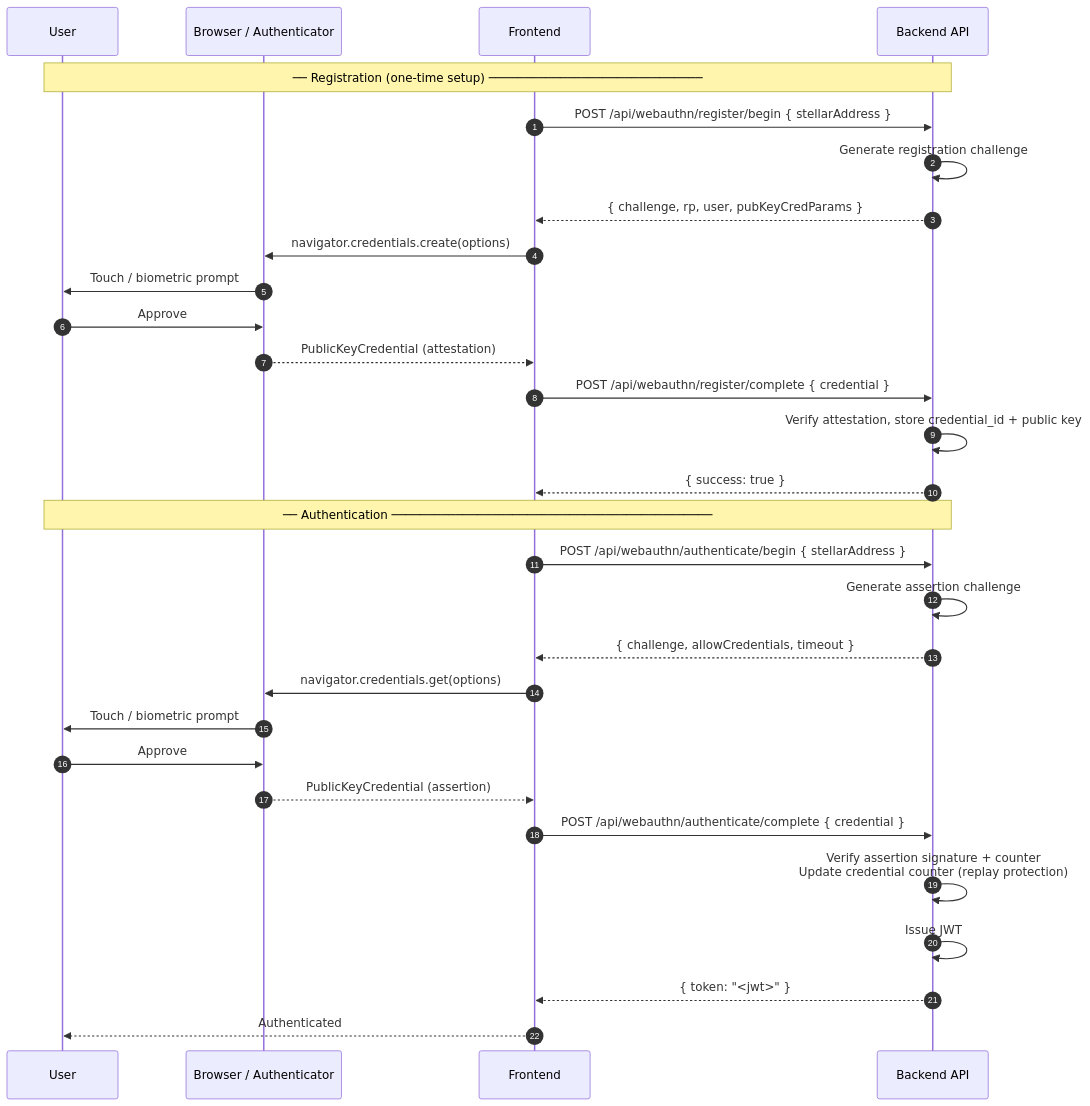
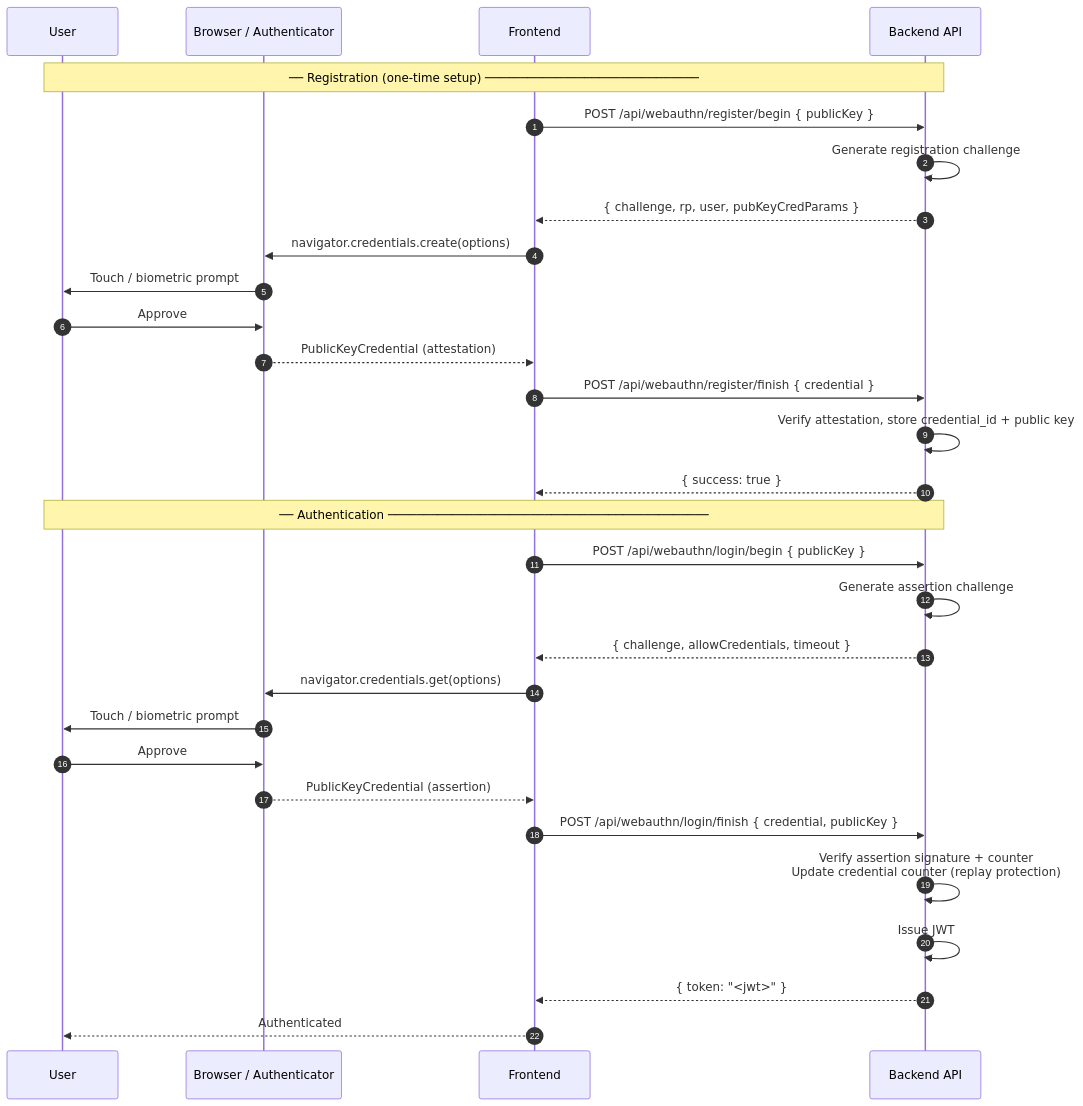
The eighth of 8 diagrams in docs/auth-flow.md (Emmy123222/Stellar-MarketPay-), drawn with Mermaid before and after one commit. The commit also changed other lines of this file, not shown here.

First line of the commit message:
docs(auth): add 2FA decision branch to SEP-10 flow diagram

````diff
--- a/docs/auth-flow.md
+++ b/docs/auth-flow.md
@@ -202,36 +291,36 @@
 ```mermaid
 sequenceDiagram
     autonumber
     participant U   as User
     participant B   as Browser / Authenticator
     participant FE  as Frontend
     participant BE  as Backend API
 
     Note over U,BE: ── Registration (one-time setup) ──────────────────────────────
 
-    FE->>BE: POST /api/webauthn/register/begin { stellarAddress }
+    FE->>BE: POST /api/webauthn/register/begin { publicKey }
     BE->>BE: Generate registration challenge
     BE-->>FE: { challenge, rp, user, pubKeyCredParams }
     FE->>B: navigator.credentials.create(options)
     B->>U: Touch / biometric prompt
     U->>B: Approve
     B-->>FE: PublicKeyCredential (attestation)
-    FE->>BE: POST /api/webauthn/register/complete { credential }
+    FE->>BE: POST /api/webauthn/register/finish { credential }
     BE->>BE: Verify attestation, store credential_id + public key
     BE-->>FE: { success: true }
 
     Note over U,BE: ── Authentication ─────────────────────────────────────────────
 
-    FE->>BE: POST /api/webauthn/authenticate/begin { stellarAddress }
+    FE->>BE: POST /api/webauthn/login/begin { publicKey }
     BE->>BE: Generate assertion challenge
     BE-->>FE: { challenge, allowCredentials, timeout }
     FE->>B: navigator.credentials.get(options)
     B->>U: Touch / biometric prompt
     U->>B: Approve
     B-->>FE: PublicKeyCredential (assertion)
-    FE->>BE: POST /api/webauthn/authenticate/complete { credential }
+    FE->>BE: POST /api/webauthn/login/finish { credential, publicKey }
     BE->>BE: Verify assertion signature + counter<br/>Update credential counter (replay protection)
     BE->>BE: Issue JWT
     BE-->>FE: { token: "<jwt>" }
     FE-->>U: Authenticated
 ```
````
